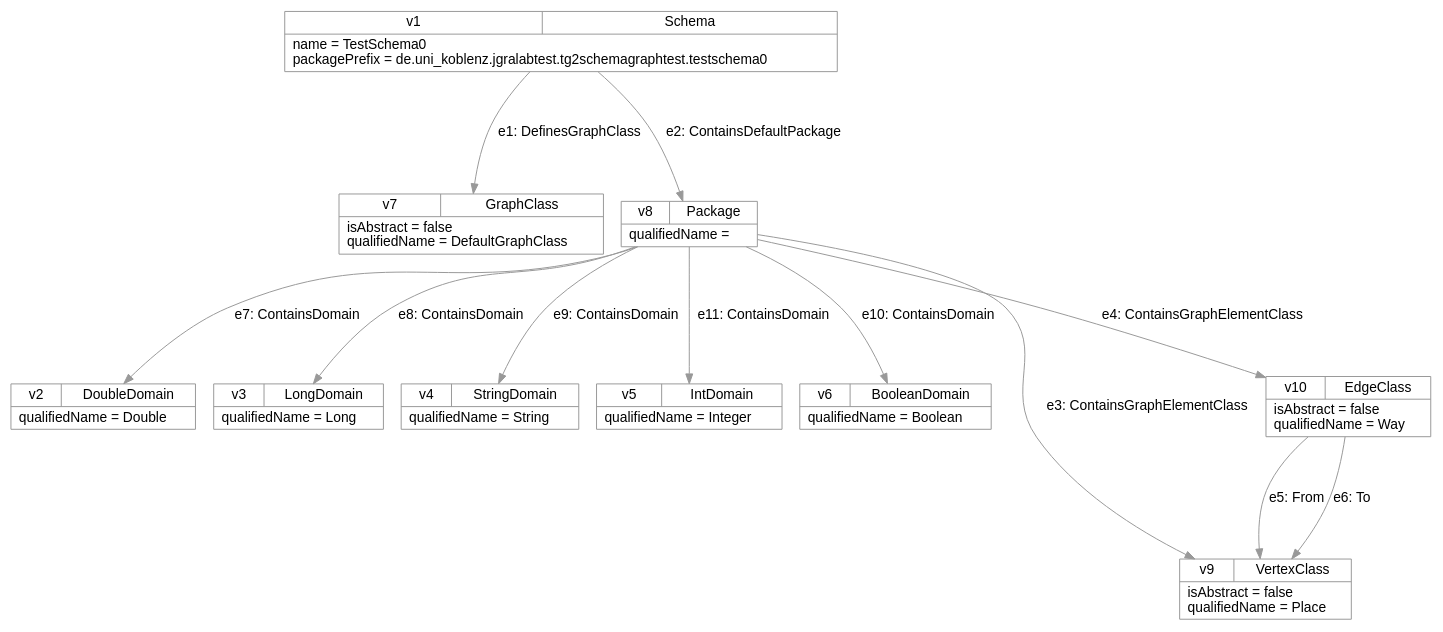
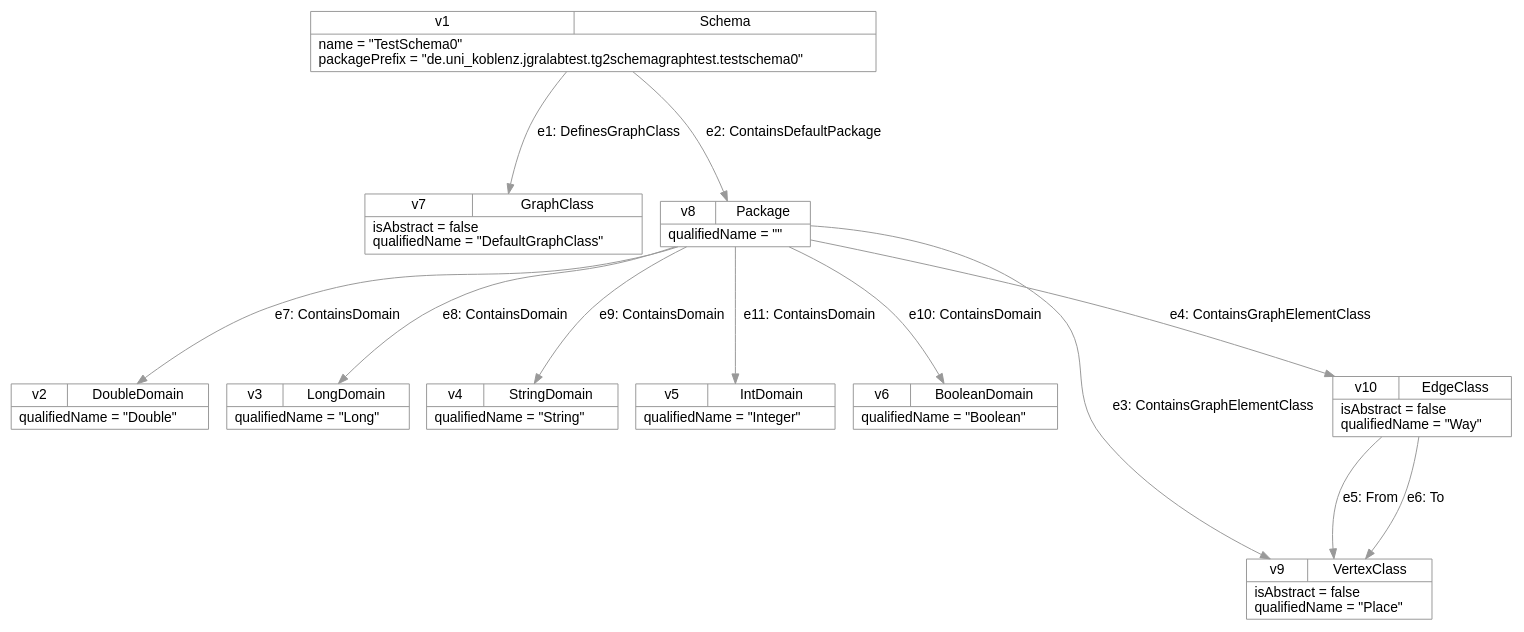
The diagram in testit/de/uni_koblenz/jgralabtest/tg2schemagraphtest/testgraph0.dot (jgralab/jgralab), drawn with Graphviz before and after one commit. The commit also changed 7 other files, not shown here.

Commit message:
Added Sebastians new Tg2SchemagraphTest and adapted it to the new grUML schema.

```diff
--- a/testit/de/uni_koblenz/jgralabtest/tg2schemagraphtest/testgraph0.dot
+++ b/testit/de/uni_koblenz/jgralabtest/tg2schemagraphtest/testgraph0.dot
@@ -1,28 +1,28 @@
 digraph "de.uni_koblenz.jgralabtest.tg2schemagraphtest.testschema0.TestSchema0"
 {
 ranksep="1.5";
 nodesep="0.25";
 node [shape="record" fontname="Helvetica" fontsize="14" color="#999999"];
 edge [fontname="Helvetica" fontsize="14" labelfontname="Helvetica" labelfontsize="14" color="#999999"];
-v1 [label="{{v1|Schema}|name = TestSchema0\lpackagePrefix = de.uni_koblenz.jgralabtest.tg2schemagraphtest.testschema0\l}"];
-v2 [label="{{v2|DoubleDomain}|qualifiedName = Double\l}"];
-v3 [label="{{v3|LongDomain}|qualifiedName = Long\l}"];
-v4 [label="{{v4|StringDomain}|qualifiedName = String\l}"];
-v5 [label="{{v5|IntDomain}|qualifiedName = Integer\l}"];
-v6 [label="{{v6|BooleanDomain}|qualifiedName = Boolean\l}"];
-v7 [label="{{v7|GraphClass}|isAbstract = false\lqualifiedName = DefaultGraphClass\l}"];
-v8 [label="{{v8|Package}|qualifiedName = \l}"];
-v9 [label="{{v9|VertexClass}|isAbstract = false\lqualifiedName = Place\l}"];
-v10 [label="{{v10|EdgeClass}|isAbstract = false\lqualifiedName = Way\l}"];
+v1 [label="{{v1|Schema}|name = \"TestSchema0\"\lpackagePrefix = \"de.uni_koblenz.jgralabtest.tg2schemagraphtest.testschema0\"\l}"];
+v2 [label="{{v2|DoubleDomain}|qualifiedName = \"Double\"\l}"];
+v3 [label="{{v3|LongDomain}|qualifiedName = \"Long\"\l}"];
+v4 [label="{{v4|StringDomain}|qualifiedName = \"String\"\l}"];
+v5 [label="{{v5|IntDomain}|qualifiedName = \"Integer\"\l}"];
+v6 [label="{{v6|BooleanDomain}|qualifiedName = \"Boolean\"\l}"];
+v7 [label="{{v7|GraphClass}|isAbstract = false\lqualifiedName = \"DefaultGraphClass\"\l}"];
+v8 [label="{{v8|Package}|qualifiedName = \"\"\l}"];
+v9 [label="{{v9|VertexClass}|isAbstract = false\lqualifiedName = \"Place\"\l}"];
+v10 [label="{{v10|EdgeClass}|isAbstract = false\lqualifiedName = \"Way\"\l}"];
 v1 -> v7 [label="e1: DefinesGraphClass"];
 v1 -> v8 [label="e2: ContainsDefaultPackage"];
 v8 -> v9 [label="e3: ContainsGraphElementClass"];
 v8 -> v10 [label="e4: ContainsGraphElementClass"];
 v10 -> v9 [label="e5: From"];
 v10 -> v9 [label="e6: To"];
 v8 -> v2 [label="e7: ContainsDomain"];
 v8 -> v3 [label="e8: ContainsDomain"];
 v8 -> v4 [label="e9: ContainsDomain"];
 v8 -> v6 [label="e10: ContainsDomain"];
 v8 -> v5 [label="e11: ContainsDomain"];
 }
```
